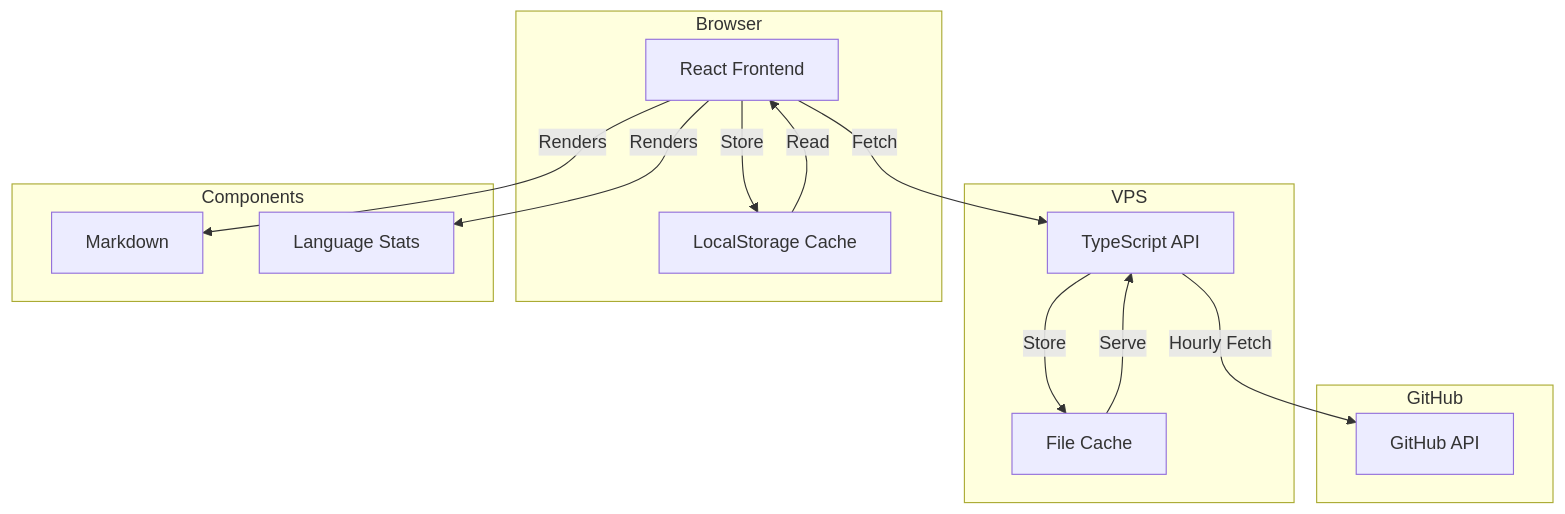
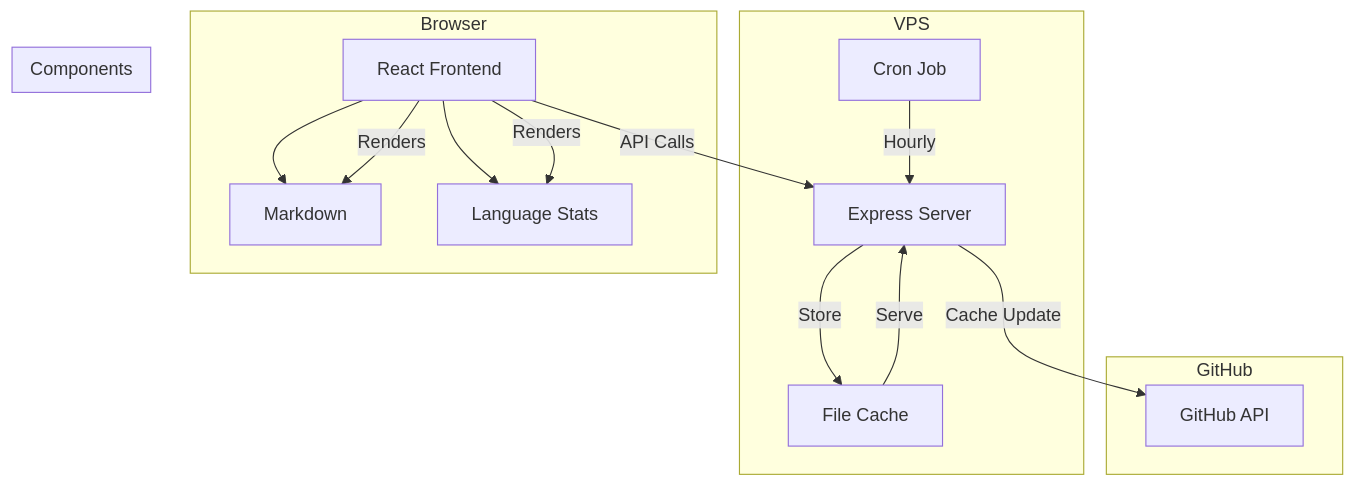
The diagram in README.md (matthewabbott/personal-kb), drawn with Mermaid before and after one commit. The commit also changed other lines of this file, not shown here.

Commit message:
Update README with caching server

````diff
--- a/README.md
+++ b/README.md
@@ -7,23 +7,24 @@
 ```mermaid
 flowchart TD
     subgraph GitHub
         GH[GitHub API]
     end
 
     subgraph "VPS"
-        API[TypeScript API] --> |Hourly Fetch| GH
+        API[Express Server] --> |Cache Update| GH
         API --> |Store| FS[File Cache]
         FS --> |Serve| API
+        CRON[Cron Job] --> |Hourly| API
     end
 
     subgraph "Browser"
-        FE[React Frontend] --> |Fetch| API
-        FE --> |Store| LC[LocalStorage Cache]
-        LC --> |Read| FE
+        FE[React Frontend] --> |API Calls| API
+        FE --> MD[Markdown Renderer]
+        FE --> LS[Language Stats]
     end
 
     subgraph "Components"
         FE --> |Renders| MD[Markdown]
         FE --> |Renders| LS[Language Stats]
     end
 ```
````
